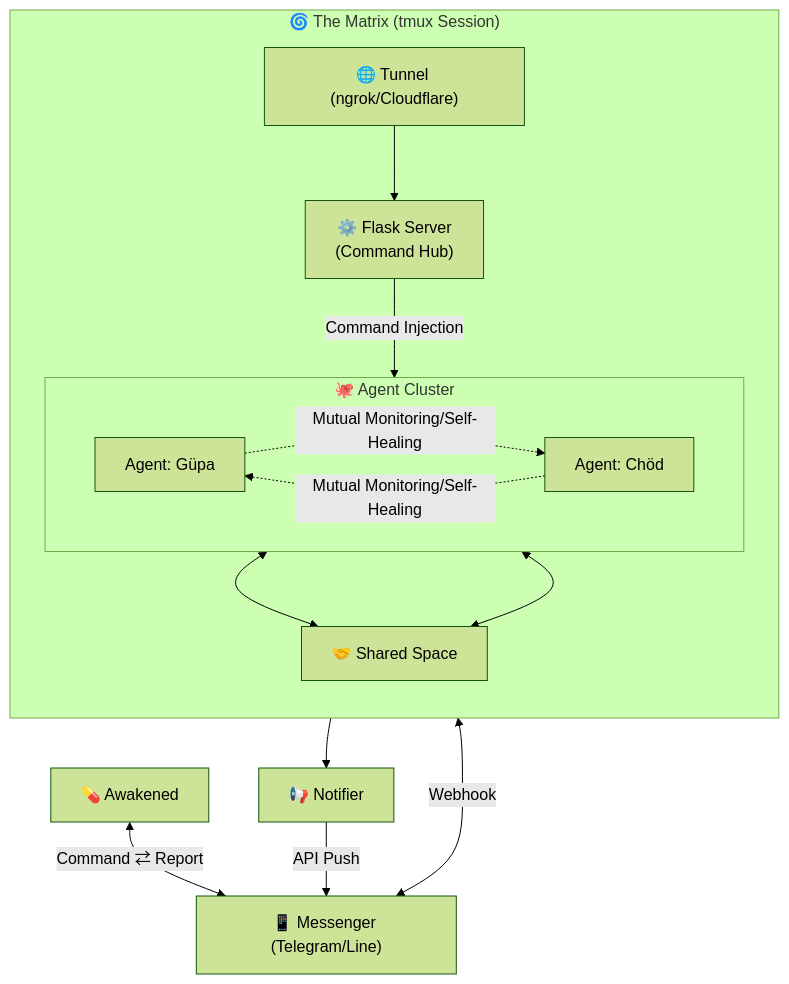
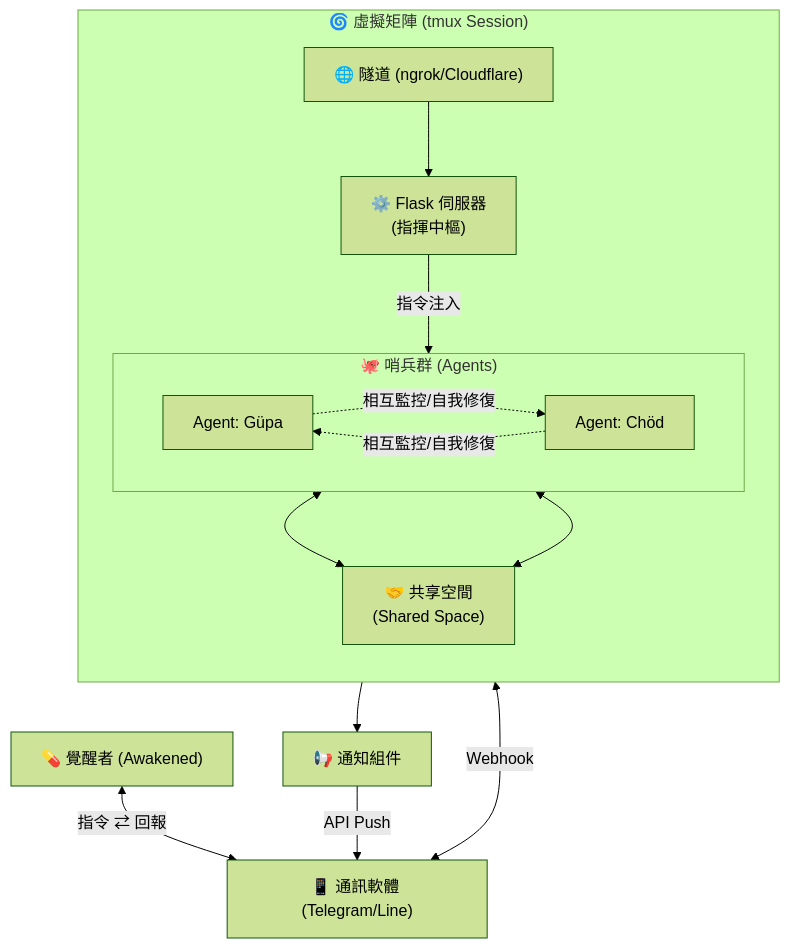
Before and after one commit to meso4444/chat-agent-matrix: the diagram in README.md, drawn with Mermaid (forest theme). The commit also changed other lines of this file and 128 other files, not shown here.

````diff
--- a/README.md
+++ b/README.md
@@ -99,36 +100,36 @@
 ```mermaid
 flowchart TD
-    User["💊 Awakened"]
-    Messenger["📱 Messenger (Telegram/Line)"]
+    User["💊 覺醒者 (Awakened)"]
+    Messenger["📱 通訊軟體 (Telegram/Line)"]
 
-    subgraph Matrix["🌀 The Matrix (tmux Session)"]
+    subgraph Matrix["🌀 虛擬矩陣 (tmux Session)"]
         direction TB
 
-        Tunnel["🌐 Tunnel (ngrok/Cloudflare)"]
-        Server["⚙️ Flask Server<br/>(Command Hub)"]
+        Tunnel["🌐 隧道 (ngrok/Cloudflare)"]
+        Server["⚙️ Flask 伺服器<br/>(指揮中樞)"]
 
-        subgraph Sentinels["🐙 Agent Cluster"]
+        subgraph Sentinels["🐙 哨兵群 (Agents)"]
             direction LR
             AgentA["Agent: Güpa"]
             AgentB["Agent: Chöd"]
         end
 
-        Shared["🤝 Shared Space"]
+        Shared["🤝 共享空間<br/>(Shared Space)"]
 
         AgentA <--> Shared
         AgentB <--> Shared
 
-        AgentA -.->|"Mutual Monitoring/Self-Healing"| AgentB
-        AgentB -.->|"Mutual Monitoring/Self-Healing"| AgentA
+        AgentA -.->|"相互監控/自我修復"| AgentB
+        AgentB -.->|"相互監控/自我修復"| AgentA
 
         Tunnel --> Server
-        Server -->|"Command Injection"| Sentinels
+        Server -->|"指令注入"| Sentinels
     end
 
-    Notifier["📢 Notifier"]
+    Notifier["📢 通知組件"]
 
-    User <-->|"Command ⇄ Report"| Messenger
+    User <-->|"指令 ⇄ 回報"| Messenger
     Messenger <-->|"Webhook"| Tunnel
     Matrix --> Notifier
     Notifier -->|"API Push"| Messenger
 ```
````
